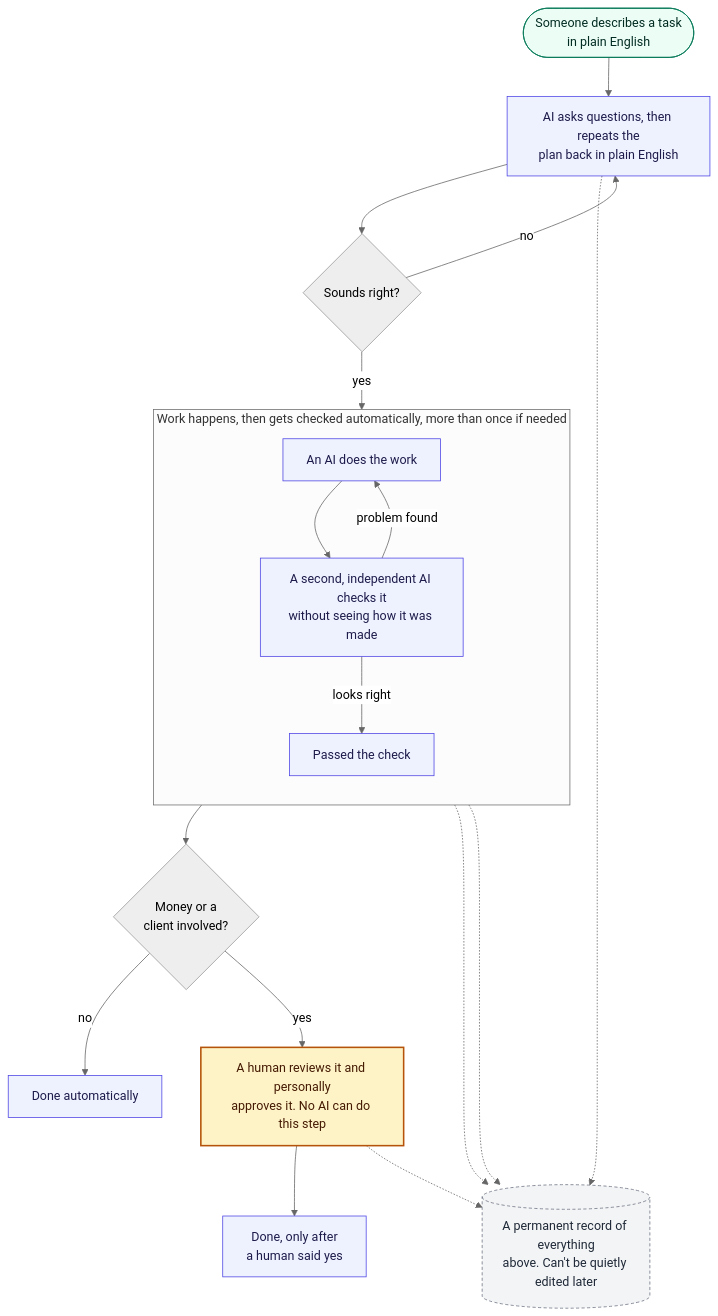
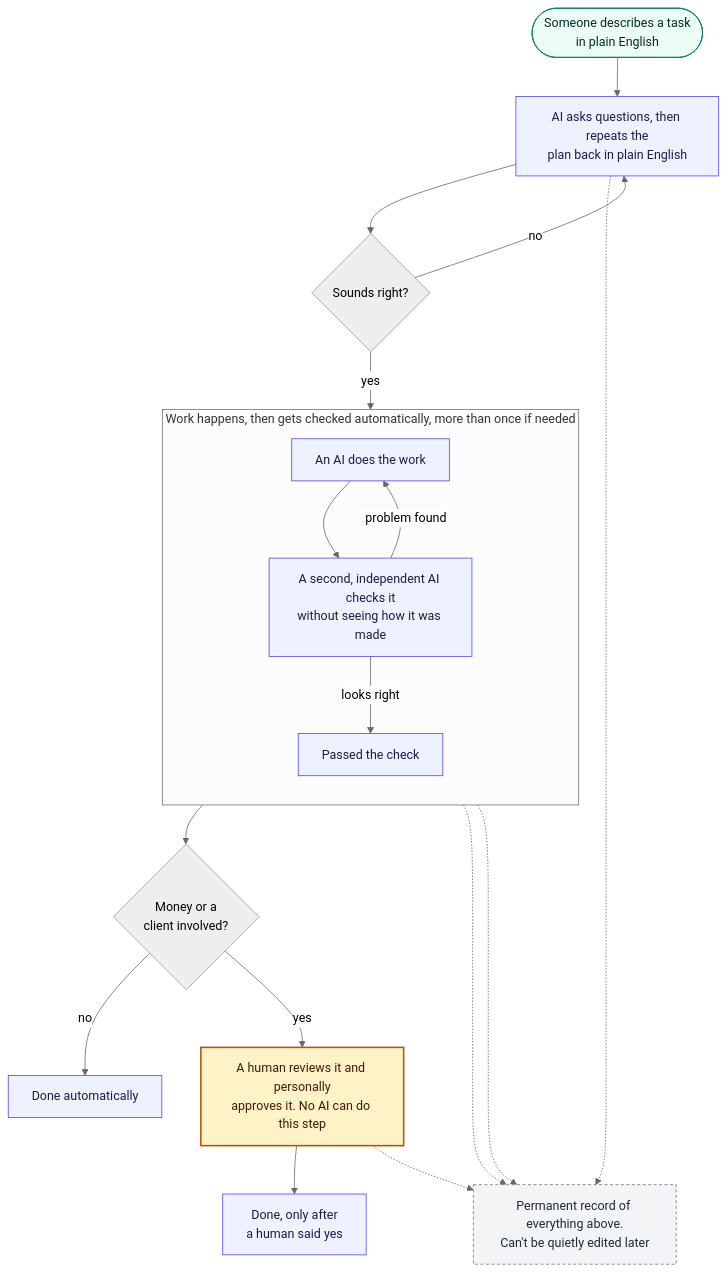
Before and after one commit to amtamaddon/intake: the first of 2 diagrams in README.md, drawn with Mermaid (neutral theme). The commit also changed other lines of this file and 1 other file, not shown here.

First line of the commit message:
README: fix diagram DB-icon clipping, add memory/observability diagram, add epigraph

````diff
--- a/README.md
+++ b/README.md
@@ -26,31 +30,31 @@
 ```mermaid
 flowchart TB
     classDef start fill:#ecfdf5,stroke:#047857,color:#022c22,stroke-width:1px
     classDef ai fill:#eef2ff,stroke:#4f46e5,color:#1e1b4b,stroke-width:1px
     classDef human fill:#fef3c7,stroke:#b45309,color:#451a03,stroke-width:2px
     classDef log fill:#f3f4f6,stroke:#6b7280,color:#1f2937,stroke-width:1px,stroke-dasharray:4 3
 
     START(["Someone describes a task<br/>in plain English"]):::start --> ASK
 
     ASK["AI asks questions, then repeats the<br/>plan back in plain English"]:::ai --> OK{Sounds right?}
     OK -->|no| ASK
     OK -->|yes| DO
 
     subgraph LOOP["Work happens, then gets checked automatically, more than once if needed"]
         direction TB
         DO["An AI does the work"]:::ai --> CHECK["A second, independent AI checks it<br/>without seeing how it was made"]:::ai
         CHECK -->|problem found| DO
         CHECK -->|looks right| PASS["Passed the check"]:::ai
     end
 
     PASS --> RISK{Money or a<br/>client involved?}
     RISK -->|no| DONE["Done automatically"]:::ai
     RISK -->|yes| APPROVE["A human reviews it and personally<br/>approves it. No AI can do this step"]:::human
     APPROVE --> DONE2["Done, only after<br/>a human said yes"]:::ai
 
-    LOG[("A permanent record of everything<br/>above. Can't be quietly edited later")]:::log
+    LOG["Permanent record of everything above.<br/>Can't be quietly edited later"]:::log
     ASK -.-> LOG
     DO -.-> LOG
     CHECK -.-> LOG
     APPROVE -.-> LOG
 ```
````
